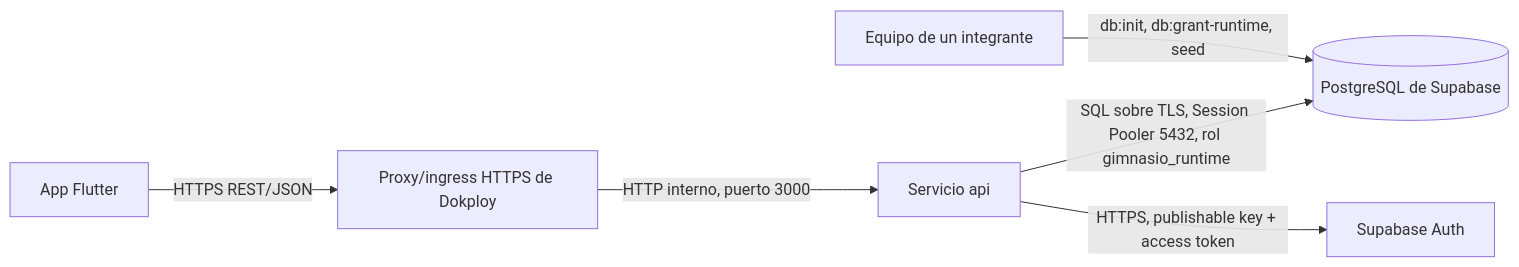
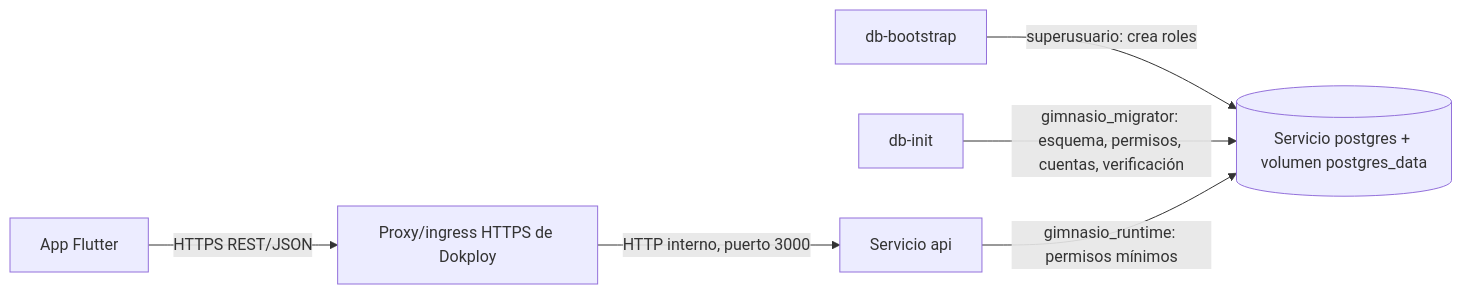
The fourth of 5 diagrams in docs/arc42/arc42_gimnasio_utb.md (ISCOUTB/AS_202620_GimnasioUTB), drawn with Mermaid before and after one commit. The commit also changed other lines of this file and 63 other files, not shown here.

Commit message:
Volver a PostgreSQL en el Compose de Dokploy y login propio (ADR-0011)

````diff
--- a/docs/arc42/arc42_gimnasio_utb.md
+++ b/docs/arc42/arc42_gimnasio_utb.md
@@ -205,8 +205,8 @@
 ```mermaid
 flowchart LR
     App[App Flutter] -->|HTTPS REST/JSON| Proxy[Proxy/ingress HTTPS de Dokploy]
     Proxy -->|HTTP interno, puerto 3000| API[Servicio api]
-    API -->|SQL sobre TLS, Session Pooler 5432, rol gimnasio_runtime| DB[(PostgreSQL de Supabase)]
-    API -->|HTTPS, publishable key + access token| Auth[Supabase Auth]
-    Equipo[Equipo de un integrante] -->|db:init, db:grant-runtime, seed| DB
+    Boot[db-bootstrap] -->|superusuario: crea roles| DB[(Servicio postgres + volumen postgres_data)]
+    Init[db-init] -->|gimnasio_migrator: esquema, permisos, cuentas, verificación| DB
+    API -->|gimnasio_runtime: permisos mínimos| DB
 ```
````
